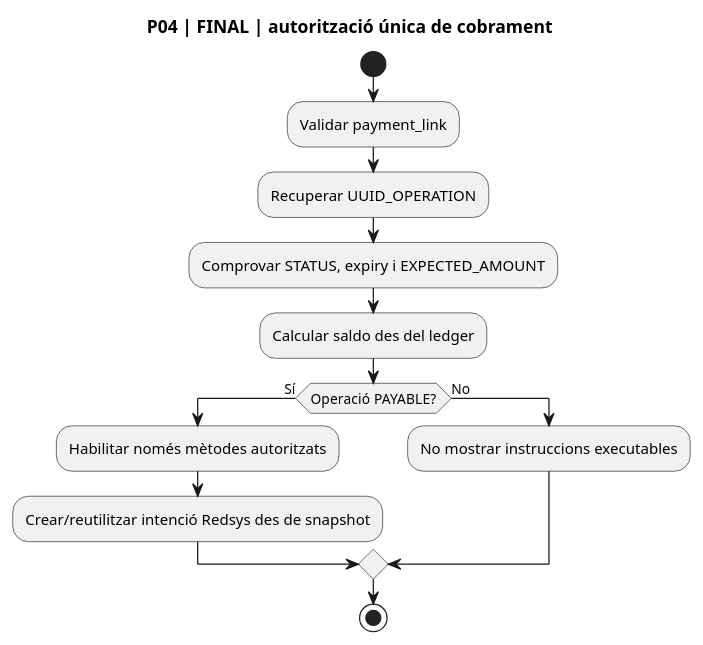
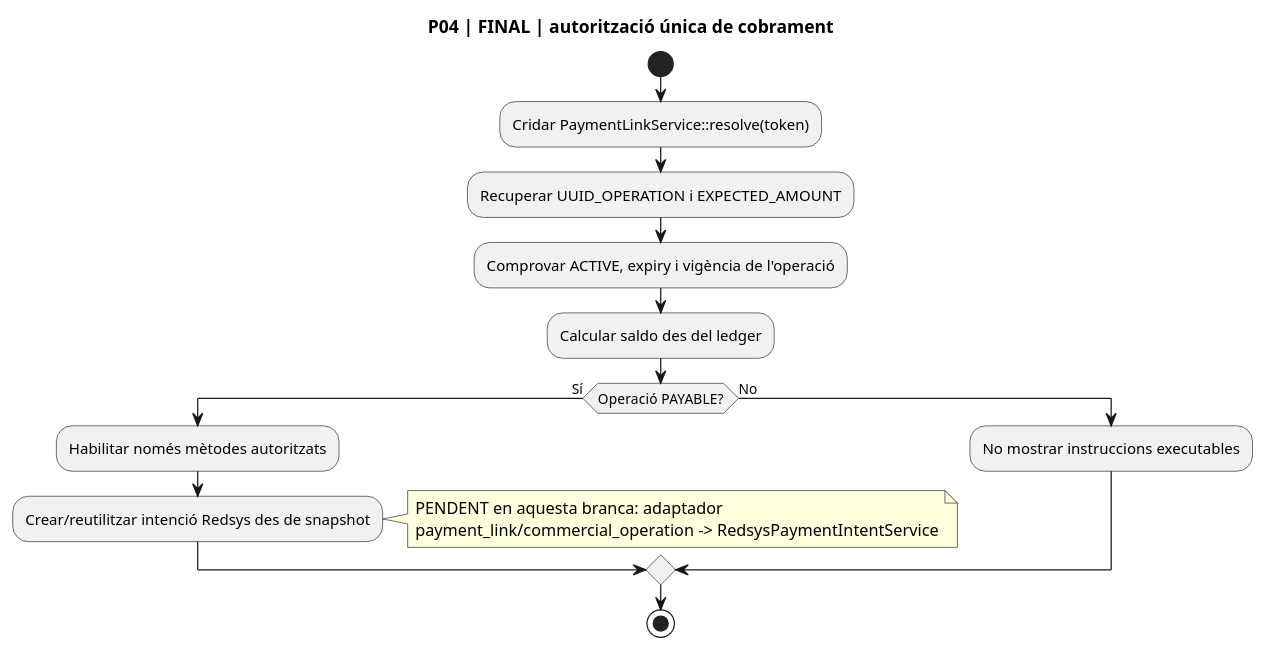
One commit to orgmeriemprismacat-del/verifactu changed diagram 16 of 25 in documentacio/07-uml-integrat/uc-020-activitats-pagines-actual-final.md. Above: the diagram before and after it, drawn with PlantUML. The commit also changed other lines of this file, not shown here.

Commit message:
docs(UC-020): align activity diagrams with implemented runtime services

````diff
--- a/documentacio/07-uml-integrat/uc-020-activitats-pagines-actual-final.md
+++ b/documentacio/07-uml-integrat/uc-020-activitats-pagines-actual-final.md
@@ -363,17 +364,21 @@
 ```plantuml
 @startuml
 title P04 | FINAL | autorització única de cobrament
 start
-:Validar payment_link;
-:Recuperar UUID_OPERATION;
-:Comprovar STATUS, expiry i EXPECTED_AMOUNT;
+:Cridar PaymentLinkService::resolve(token);
+:Recuperar UUID_OPERATION i EXPECTED_AMOUNT;
+:Comprovar ACTIVE, expiry i vigència de l'operació;
 :Calcular saldo des del ledger;
 if (Operació PAYABLE?) then (Sí)
  :Habilitar només mètodes autoritzats;
  :Crear/reutilitzar intenció Redsys des de snapshot;
+note right
+  PENDENT en aquesta branca: adaptador
+  payment_link/commercial_operation -> RedsysPaymentIntentService
+end note
 else (No)
  :No mostrar instruccions executables;
 endif
 stop
 @enduml
 ```
````
